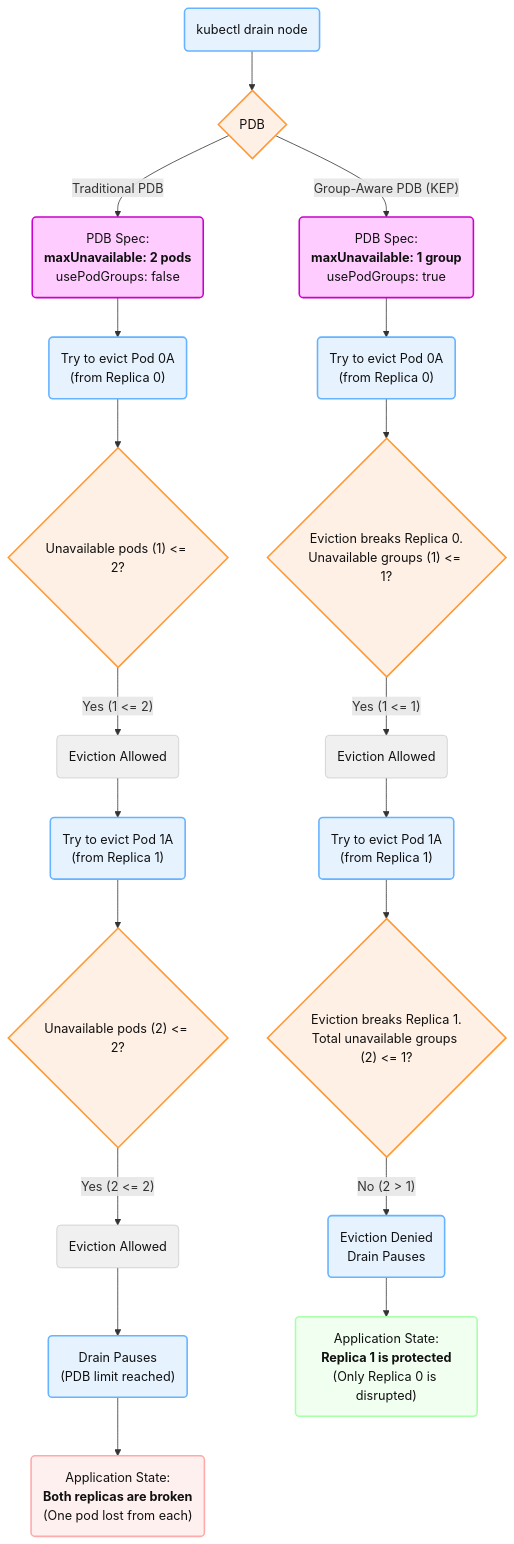
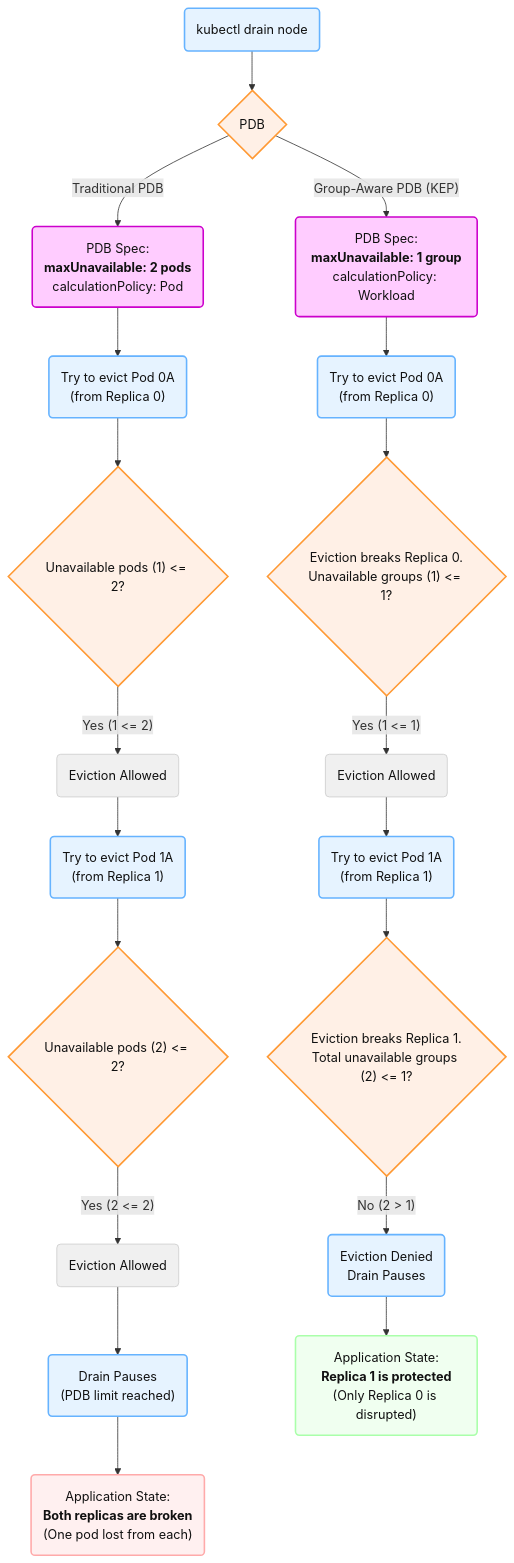
One commit to kubernetes/enhancements changed the second of 3 diagrams in keps/sig-apps/5682-pdbs-for-multipod-replicas/README.md. Above: the diagram before and after it, drawn with Mermaid. The commit also changed other lines of this file and 1 other file, not shown here.

````diff
--- a/keps/sig-apps/5682-pdbs-for-multipod-replicas/README.md
+++ b/keps/sig-apps/5682-pdbs-for-multipod-replicas/README.md
@@ -330,70 +337,70 @@
 ```mermaid
 graph TD
     %% Define Styles for Flowchart Diagram
     classDef action fill:#e6f3ff,stroke:#66b3ff,stroke-width:2px,color:#111
     classDef decision fill:#fff0e6,stroke:#ff9933,stroke-width:2px,color:#111
     classDef pdb_spec fill:#ffccff,stroke:#cc00cc,stroke-width:2px,color:#111
     classDef outcome_bad fill:#fff0f0,stroke:#ffaaaa,stroke-width:2px,color:#111
     classDef outcome_good fill:#f0fff0,stroke:#aaffaa,stroke-width:2px,color:#111
     classDef process fill:#f0f0f0,stroke:#ccc,color:#111
 
     %% --- Start ---
     StartDrain("kubectl drain node")
     class StartDrain action
 
     StartDrain --> PDB_Type{"PDB"}
     class PDB_Type decision
 
     %% --- Path 1: Traditional PDB ---
-    PDB_Type -- "Traditional PDB" --> PDB_Old(PDB Spec:<br/><b>maxUnavailable: 2 pods</b><br/>usePodGroups: false)
+    PDB_Type -- "Traditional PDB" --> PDB_Old(PDB Spec:<br/><b>maxUnavailable: 2 pods</b><br/>calculationPolicy: Pod)
     class PDB_Old pdb_spec
     
     PDB_Old --> TryEvictP0A("Try to evict Pod 0A<br/>(from Replica 0)")
     class TryEvictP0A action
 
     TryEvictP0A --> CheckPods1{"Unavailable pods (1) <= 2?"}
     class CheckPods1 decision
 
     CheckPods1 -- "Yes (1 <= 2)" --> EvictP0A("Eviction Allowed")
     class EvictP0A process
 
     EvictP0A --> TryEvictP1A("Try to evict Pod 1A<br/>(from Replica 1)")
     class TryEvictP1A action
 
     TryEvictP1A --> CheckPods2{"Unavailable pods (2) <= 2?"}
     class CheckPods2 decision
 
     CheckPods2 -- "Yes (2 <= 2)" --> EvictP1A("Eviction Allowed")
     class EvictP1A process
 
     EvictP1A --> DrainStops("Drain Pauses<br/>(PDB limit reached)")
     class DrainStops action
 
     DrainStops --> AppDown("Application State:<br/><b>Both replicas are broken</b><br/>(One pod lost from each)")
     class AppDown outcome_bad
 
     %% --- Path 2: Group-Aware PDB (KEP) ---
-    PDB_Type -- "Group-Aware PDB (KEP)" --> PDB_New(PDB Spec:<br/><b>maxUnavailable: 1 group</b><br/>usePodGroups: true)
+    PDB_Type -- "Group-Aware PDB (KEP)" --> PDB_New(PDB Spec:<br/><b>maxUnavailable: 1 group</b><br/>calculationPolicy: Workload)
     class PDB_New pdb_spec
 
     PDB_New --> TryEvictP0A_New("Try to evict Pod 0A<br/>(from Replica 0)")
     class TryEvictP0A_New action
 
     TryEvictP0A_New --> CheckGroups1{"Eviction breaks Replica 0.<br/>Unavailable groups (1) <= 1?"}
     class CheckGroups1 decision
 
     CheckGroups1 -- "Yes (1 <= 1)" --> EvictR0("Eviction Allowed")
     class EvictR0 process
 
     EvictR0 --> TryEvictP1A_New("Try to evict Pod 1A<br/>(from Replica 1)")
     class TryEvictP1A_New action
 
     TryEvictP1A_New --> CheckGroups2{"Eviction breaks Replica 1.<br/>Total unavailable groups (2) <= 1?"}
     class CheckGroups2 decision
 
     CheckGroups2 -- "No (2 > 1)" --> EvictP1A_Denied("Eviction Denied<br/>Drain Pauses")
     class EvictP1A_Denied action
 
     EvictP1A_Denied --> AppHealthy("Application State:<br/><b>Replica 1 is protected</b><br/>(Only Replica 0 is disrupted)")
     class AppHealthy outcome_good
 ```
````
